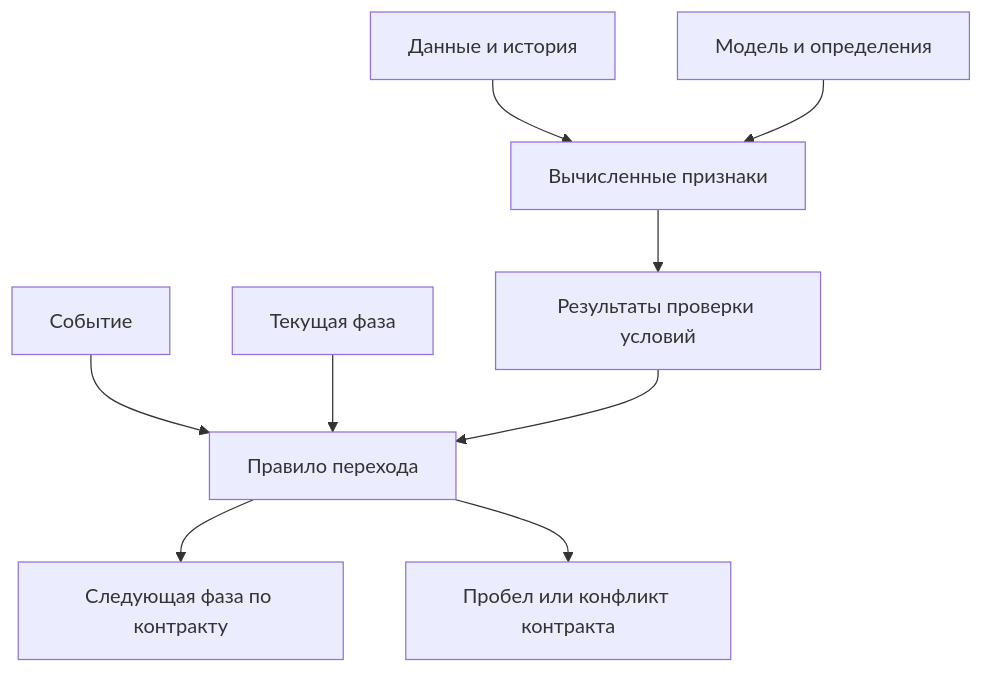
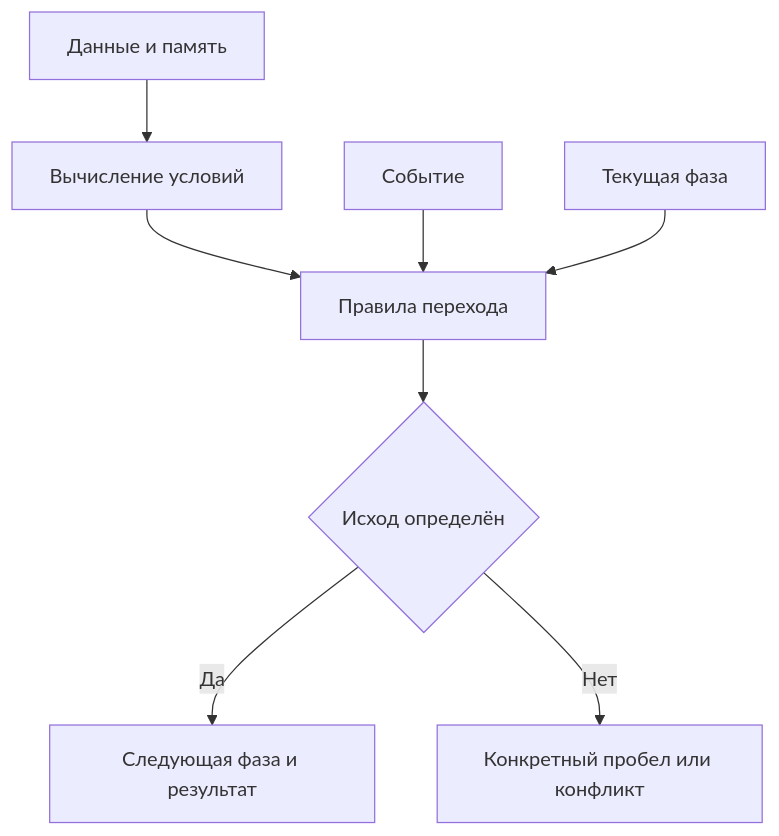
Before and after one commit to izio007/libtr: the second of 2 diagrams in docs-complex/RADIO_OBSERVATION_EXAM.md, drawn with Mermaid. The commit also changed other lines of this file, not shown here.

````diff
--- a/docs-complex/RADIO_OBSERVATION_EXAM.md
+++ b/docs-complex/RADIO_OBSERVATION_EXAM.md
@@ -194,11 +135,10 @@
 ```mermaid
 flowchart TD
-    data["Данные и история"] --> facts["Вычисленные признаки"]
-    assumptions["Модель и определения"] --> facts
-    facts --> guards["Результаты проверки условий"]
-    event["Событие"] --> transition["Правило перехода"]
-    phase["Текущая фаза"] --> transition
-    guards --> transition
-    transition --> next["Следующая фаза по контракту"]
-    transition --> gap["Пробел или конфликт контракта"]
+    D["Данные и память"] --> B["Вычисление условий"]
+    B --> T["Правила перехода"]
+    E["Событие"] --> T
+    Q["Текущая фаза"] --> T
+    T --> R{"Исход определён"}
+    R -->|"Да"| N["Следующая фаза и результат"]
+    R -->|"Нет"| G["Конкретный пробел или конфликт"]
 ```
````
